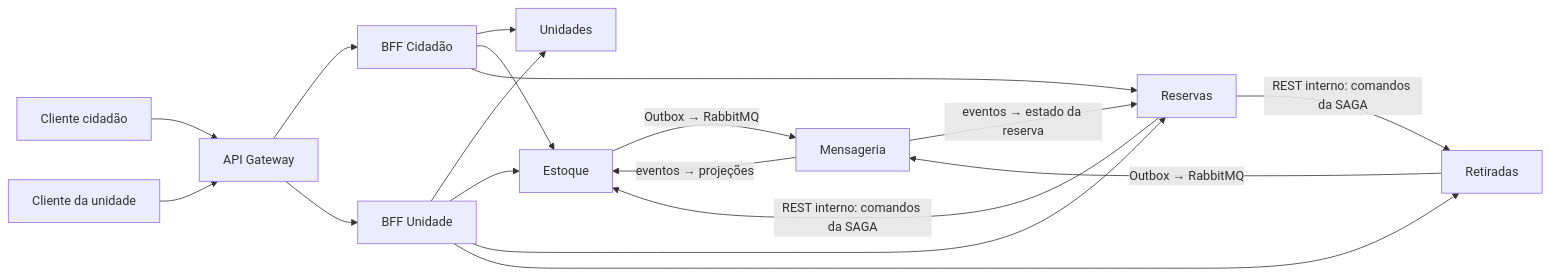
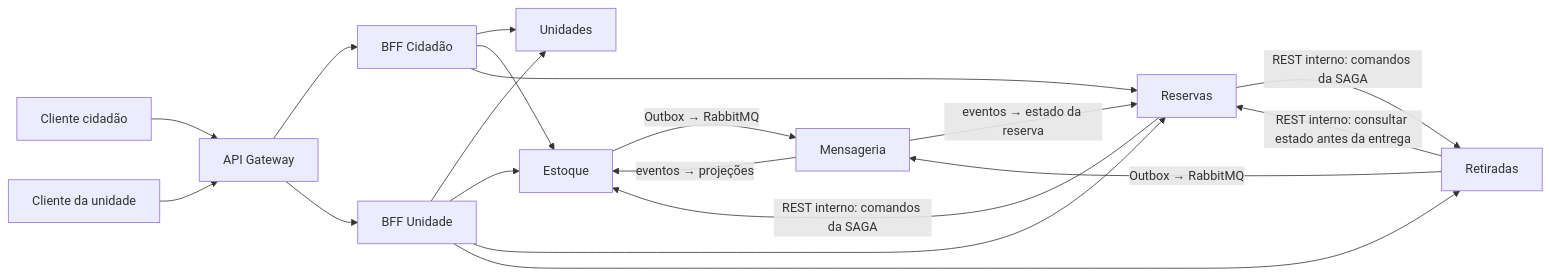
Before and after one commit to ArthurDp78/GlicoAcesso: the diagram in docs/parte-2/00-decisoes-compartilhadas.md, drawn with Mermaid. The commit also changed other lines of this file and 12 other files, not shown here.

````diff
--- a/docs/parte-2/00-decisoes-compartilhadas.md
+++ b/docs/parte-2/00-decisoes-compartilhadas.md
@@ -100,20 +100,21 @@
 ```mermaid
 flowchart LR
     C["Cliente cidadão"] --> G["API Gateway"]
     U["Cliente da unidade"] --> G
     G --> BC["BFF Cidadão"]
     G --> BU["BFF Unidade"]
     BC --> UN["Unidades"]
     BC --> ES["Estoque"]
     BC --> RE["Reservas"]
     BU --> UN
     BU --> ES
     BU --> RE
     BU --> RT["Retiradas"]
     RE -->|"REST interno: comandos da SAGA"| ES
     RE -->|"REST interno: comandos da SAGA"| RT
+    RT -->|"REST interno: consultar estado antes da entrega"| RE
     ES -->|"Outbox → RabbitMQ"| MQ["Mensageria"]
     RT -->|"Outbox → RabbitMQ"| MQ
     MQ -->|"eventos → projeções"| ES
     MQ -->|"eventos → estado da reserva"| RE
 ```
````
